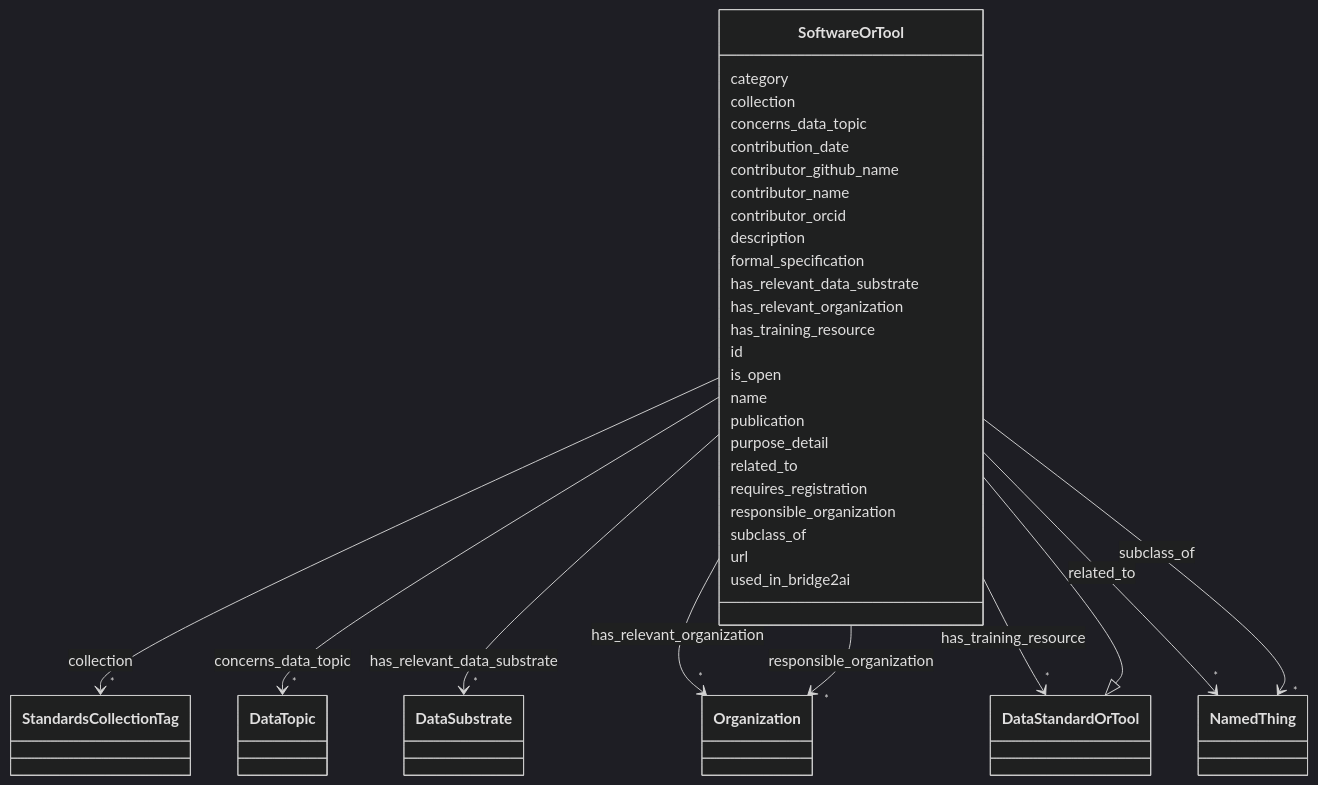
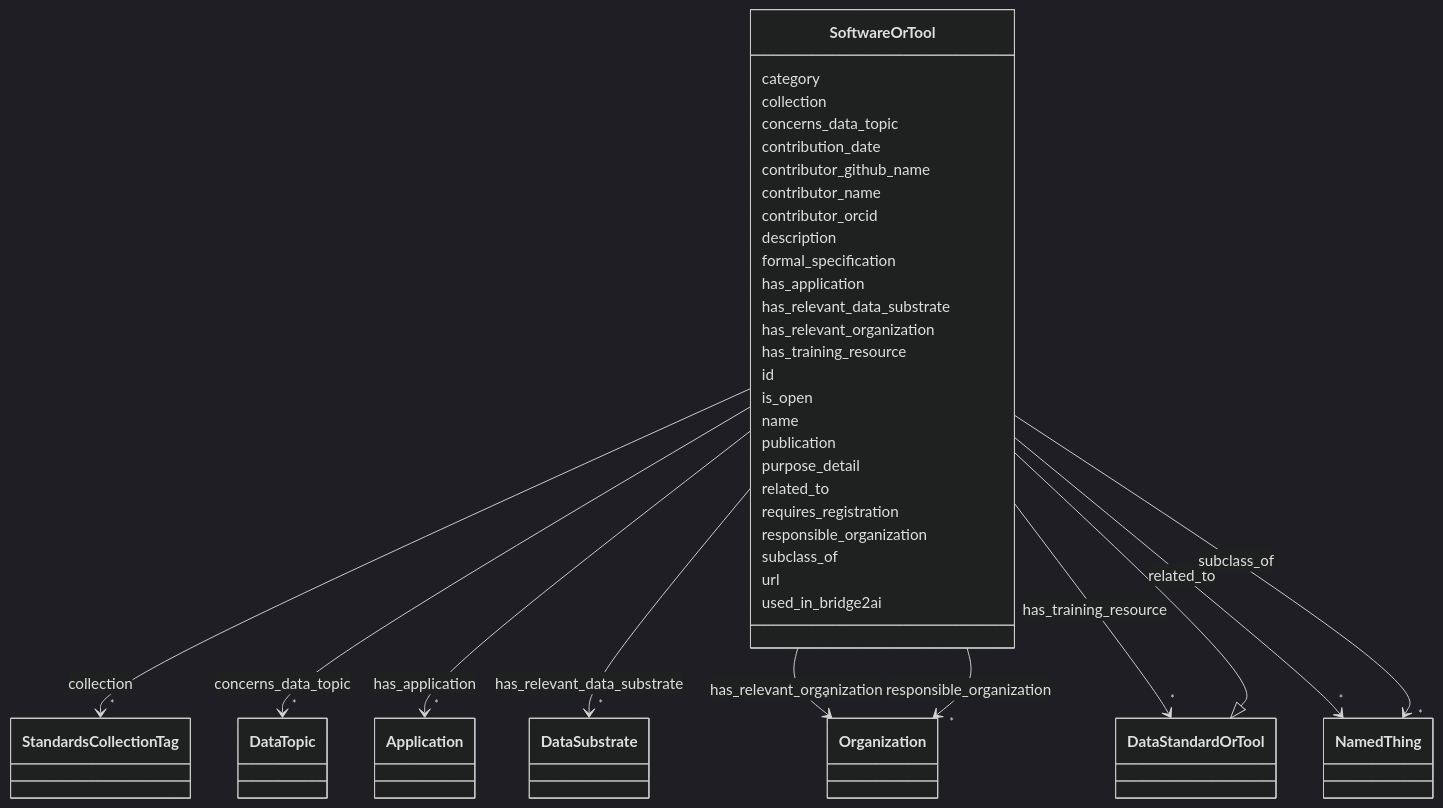
Before and after one commit to bridge2ai/standards-schemas: the diagram in docs/SoftwareOrTool.md, drawn with Mermaid (dark theme). The commit also changed other lines of this file and 54 other files, not shown here.

Commit message:
Update schema artifacts

```diff
--- a/docs/SoftwareOrTool.md
+++ b/docs/SoftwareOrTool.md
@@ -57,6 +57,17 @@
       SoftwareOrTool : description
         
       SoftwareOrTool : formal_specification
+        
+      SoftwareOrTool : has_application
+        
+          
+    
+        
+        
+        SoftwareOrTool --> "*" Application : has_application
+        click Application href "../Application/"
+    
+
         
       SoftwareOrTool : has_relevant_data_substrate
         
```
